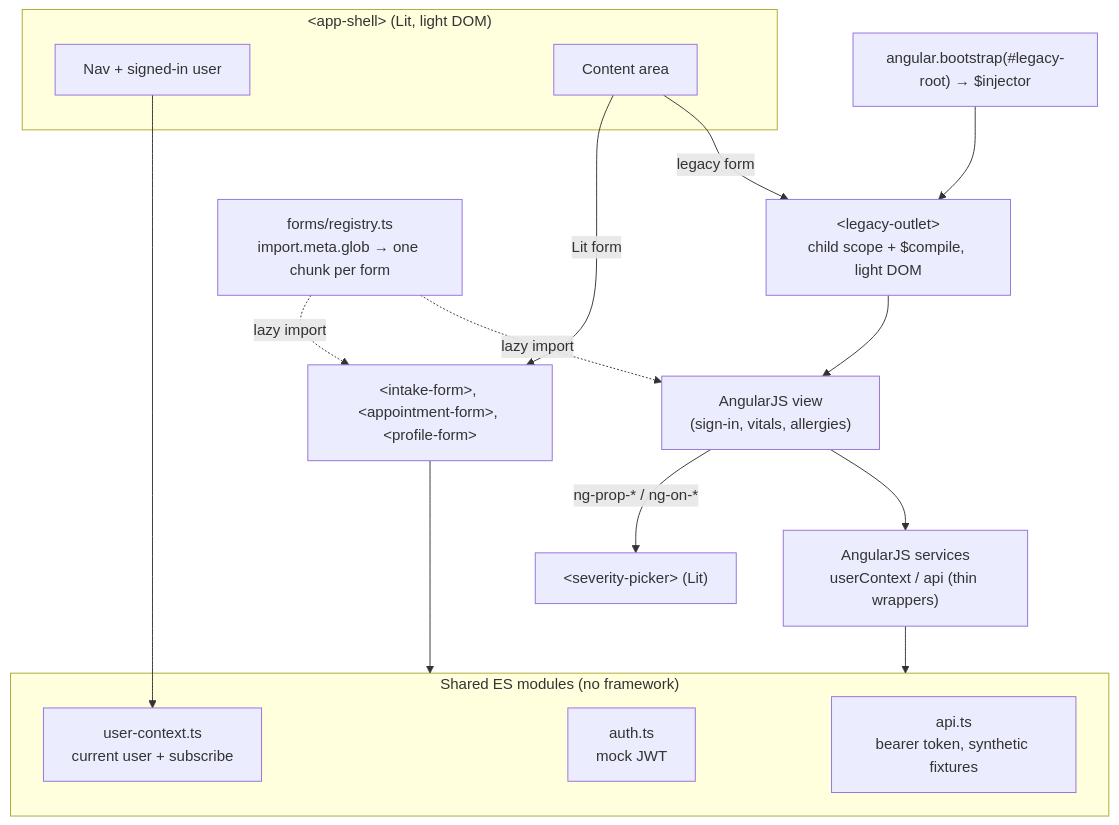
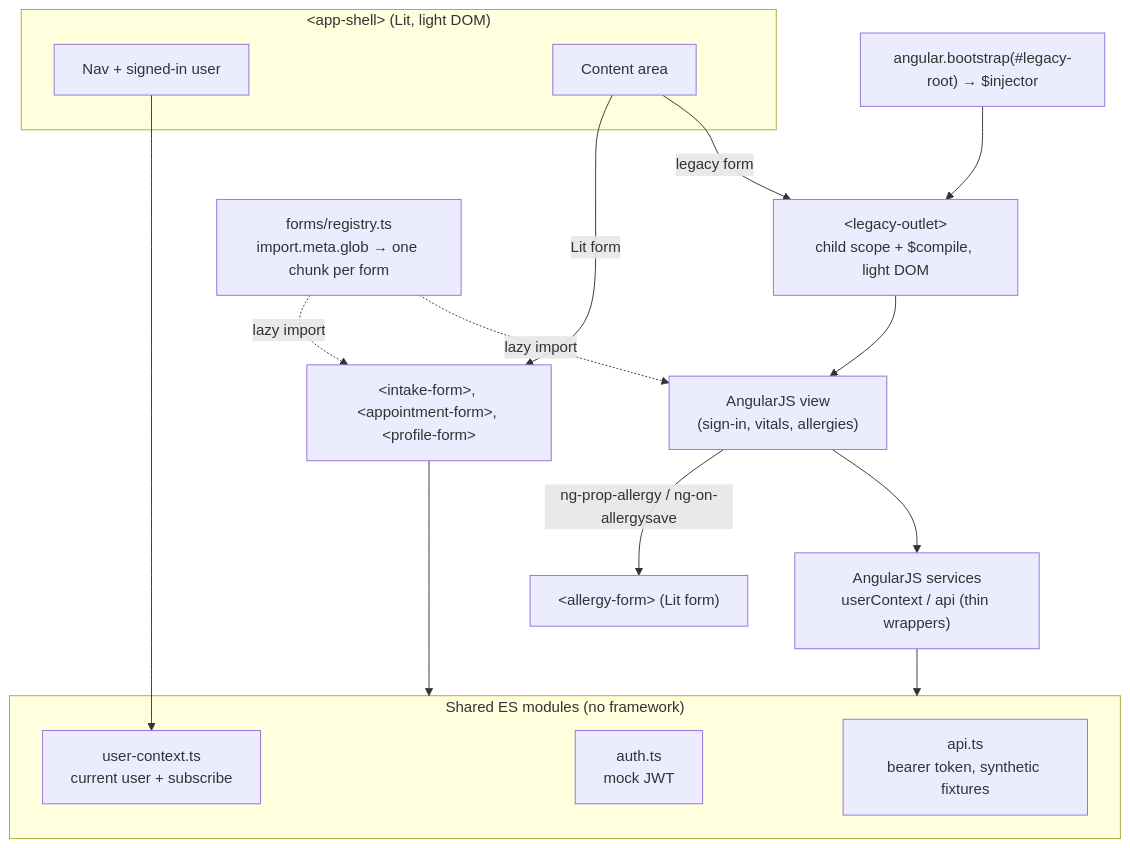
The diagram in README.md (getupworkdev/angularjs-lit-coexistence-demo), drawn with Mermaid before and after one commit. The commit also changed other lines of this file and 7 other files, not shown here.

First line of the commit message:
Host a Lit form in the allergies view instead of a picker

````diff
--- a/README.md
+++ b/README.md
@@ -15,27 +15,27 @@
 ```mermaid
 flowchart TB
   subgraph Shell["&lt;app-shell&gt; (Lit, light DOM)"]
     Nav["Nav + signed-in user"]
     Content["Content area"]
   end
 
   Content -->|Lit form| LitForm["&lt;intake-form&gt;, &lt;appointment-form&gt;, &lt;profile-form&gt;"]
   Content -->|legacy form| Outlet["&lt;legacy-outlet&gt;<br/>child scope + $compile, light DOM"]
   Outlet --> NgView["AngularJS view<br/>(sign-in, vitals, allergies)"]
-  NgView -->|"ng-prop-* / ng-on-*"| Picker["&lt;severity-picker&gt; (Lit)"]
+  NgView -->|"ng-prop-allergy / ng-on-allergysave"| AllergyForm["&lt;allergy-form&gt; (Lit form)"]
 
   Registry["forms/registry.ts<br/>import.meta.glob → one chunk per form"] -.lazy import.-> LitForm
   Registry -.lazy import.-> NgView
 
   subgraph Shared["Shared ES modules (no framework)"]
     Auth["auth.ts<br/>mock JWT"]
     Ctx["user-context.ts<br/>current user + subscribe"]
     Api["api.ts<br/>bearer token, synthetic fixtures"]
   end
 
   Wrap["AngularJS services<br/>userContext / api (thin wrappers)"]
   LitForm --> Shared
   Nav --> Ctx
   NgView --> Wrap --> Shared
   Injector["angular.bootstrap(#legacy-root) → $injector"] --> Outlet
 ```
````
